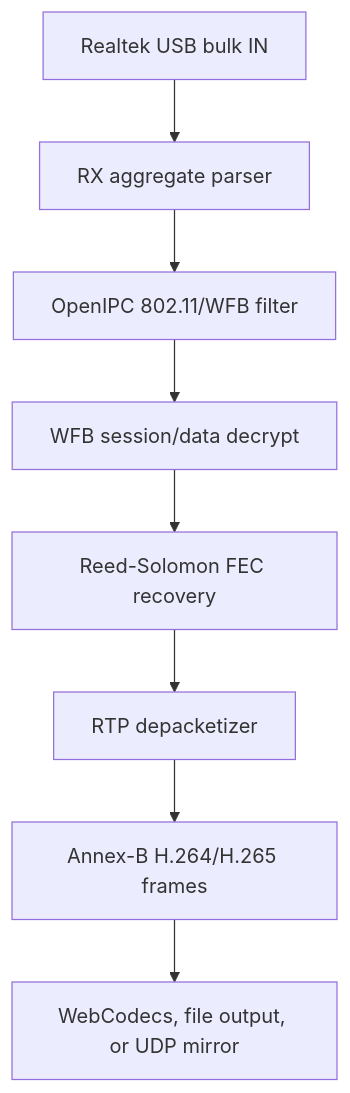
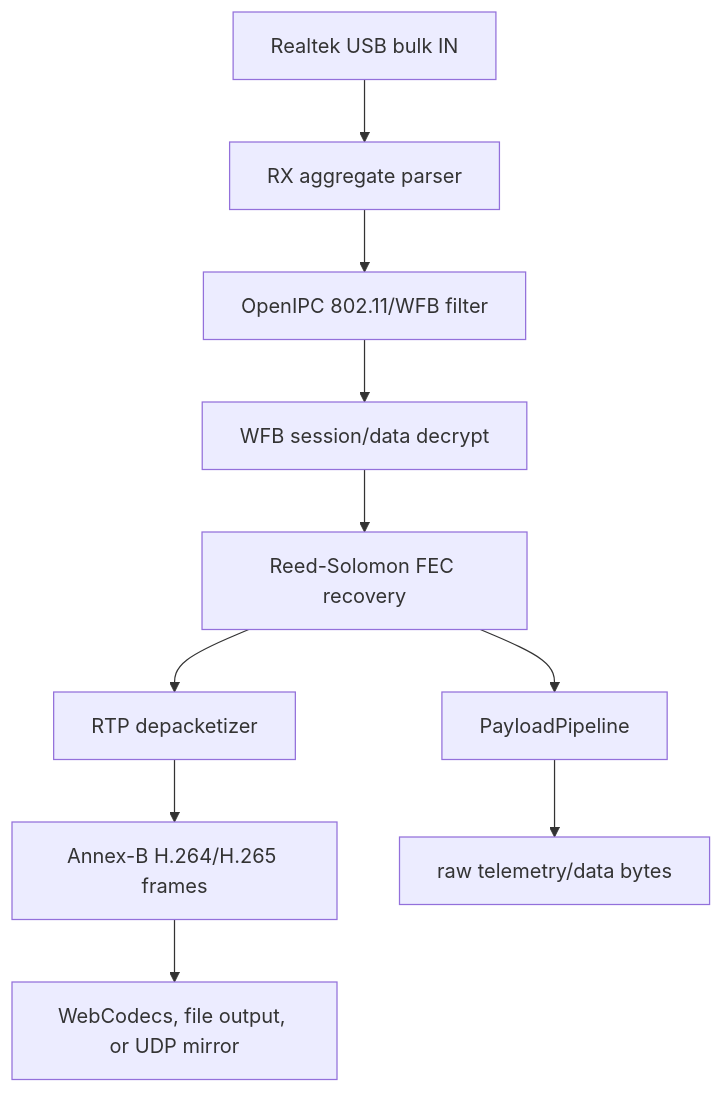
The second of 3 diagrams in docs/docs/architecture.md (neelsani/openipc-rs), drawn with Mermaid before and after one commit. The commit also changed other lines of this file and 74 other files, not shown here.

````diff
--- a/docs/docs/architecture.md
+++ b/docs/docs/architecture.md
@@ -75,10 +78,12 @@
 ```mermaid
 flowchart TD
     A["Realtek USB bulk IN"] --> B["RX aggregate parser"]
     B --> C["OpenIPC 802.11/WFB filter"]
     C --> D["WFB session/data decrypt"]
     D --> E["Reed-Solomon FEC recovery"]
     E --> F["RTP depacketizer"]
     F --> G["Annex-B H.264/H.265 frames"]
     G --> H["WebCodecs, file output, or UDP mirror"]
+    E --> I["PayloadPipeline"]
+    I --> J["raw telemetry/data bytes"]
 ```
````
